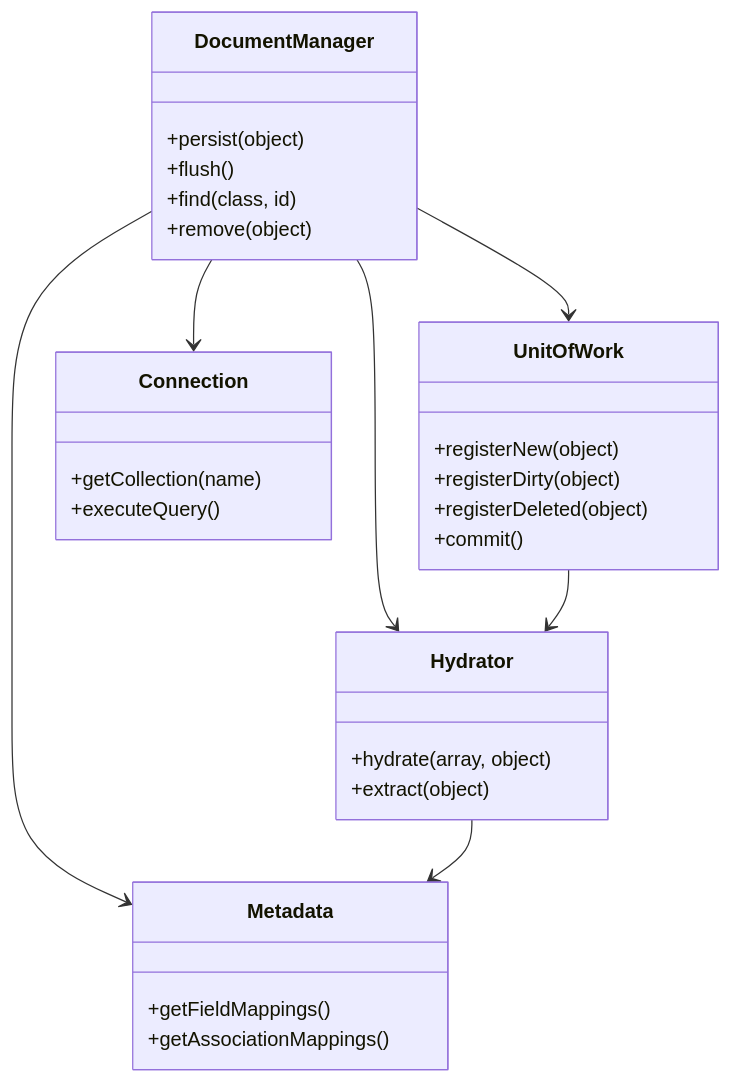
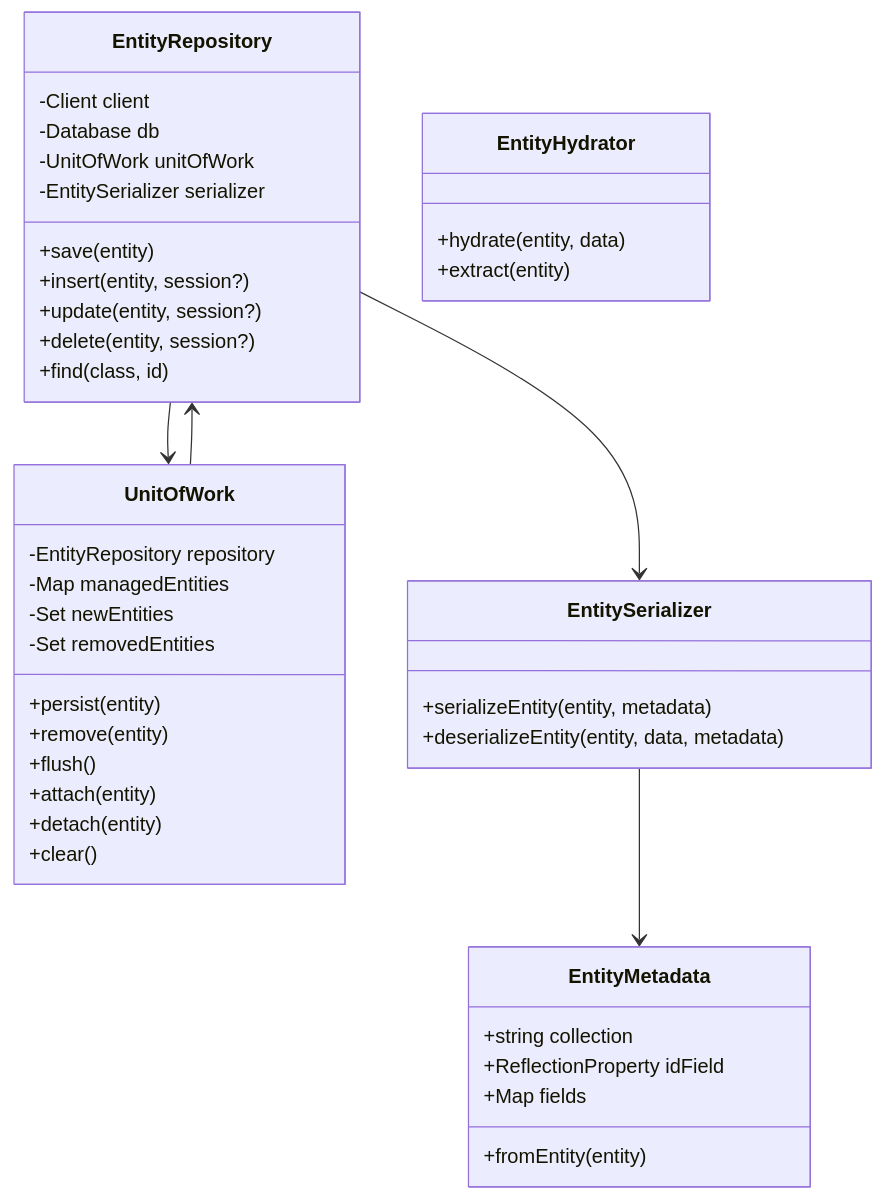
One commit to manuelandreaskuhn/arpi-isms changed the second of 2 diagrams in docs/odm.md. Above: the diagram before and after it, drawn with Mermaid. The commit also changed other lines of this file, not shown here.

Commit message:
Refactor ODM documentation: Enhance architecture overview, clarify core components, and improve examples for CRUD operations and UnitOfWork usage. Update annotation references and fix code snippets for better clarity and accuracy.

````diff
--- a/docs/odm.md
+++ b/docs/odm.md
@@ -42,34 +101,49 @@
 ```mermaid
 classDiagram
-    class DocumentManager {
-        +persist(object)
-        +flush()
+    class EntityRepository {
+        -Client client
+        -Database db
+        -UnitOfWork unitOfWork
+        -EntitySerializer serializer
+        +save(entity)
+        +insert(entity, session?)
+        +update(entity, session?)
+        +delete(entity, session?)
         +find(class, id)
-        +remove(object)
-    }
-    class UnitOfWork {
-        +registerNew(object)
-        +registerDirty(object)
-        +registerDeleted(object)
-        +commit()
-    }
-    class Hydrator {
-        +hydrate(array, object)
-        +extract(object)
-    }
-    class Connection {
-        +getCollection(name)
-        +executeQuery()
-    }
-    class Metadata {
-        +getFieldMappings()
-        +getAssociationMappings()
     }
     
-    DocumentManager --> UnitOfWork
-    DocumentManager --> Connection
-    DocumentManager --> Hydrator
-    DocumentManager --> Metadata
-    UnitOfWork --> Hydrator
-    Hydrator --> Metadata
+    class UnitOfWork {
+        -EntityRepository repository
+        -Map managedEntities
+        -Set newEntities
+        -Set removedEntities
+        +persist(entity)
+        +remove(entity)
+        +flush()
+        +attach(entity)
+        +detach(entity)
+        +clear()
+    }
+    
+    class EntitySerializer {
+        +serializeEntity(entity, metadata)
+        +deserializeEntity(entity, data, metadata)
+    }
+    
+    class EntityMetadata {
+        +string collection
+        +ReflectionProperty idField
+        +Map fields
+        +fromEntity(entity)
+    }
+    
+    class EntityHydrator {
+        +hydrate(entity, data)
+        +extract(entity)
+    }
+    
+    EntityRepository --> UnitOfWork
+    EntityRepository --> EntitySerializer
+    EntitySerializer --> EntityMetadata
+    UnitOfWork --> EntityRepository
 ```
````
